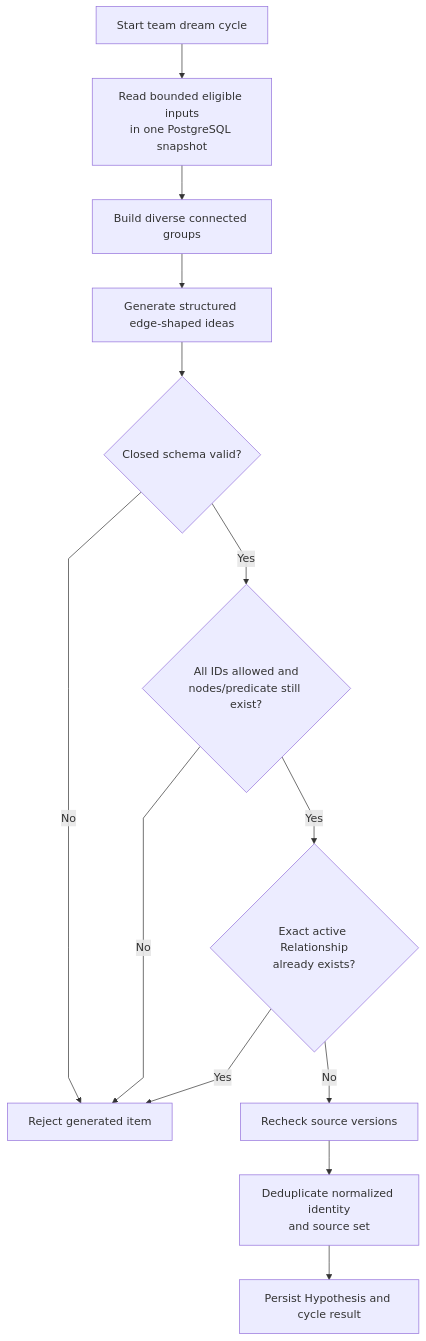
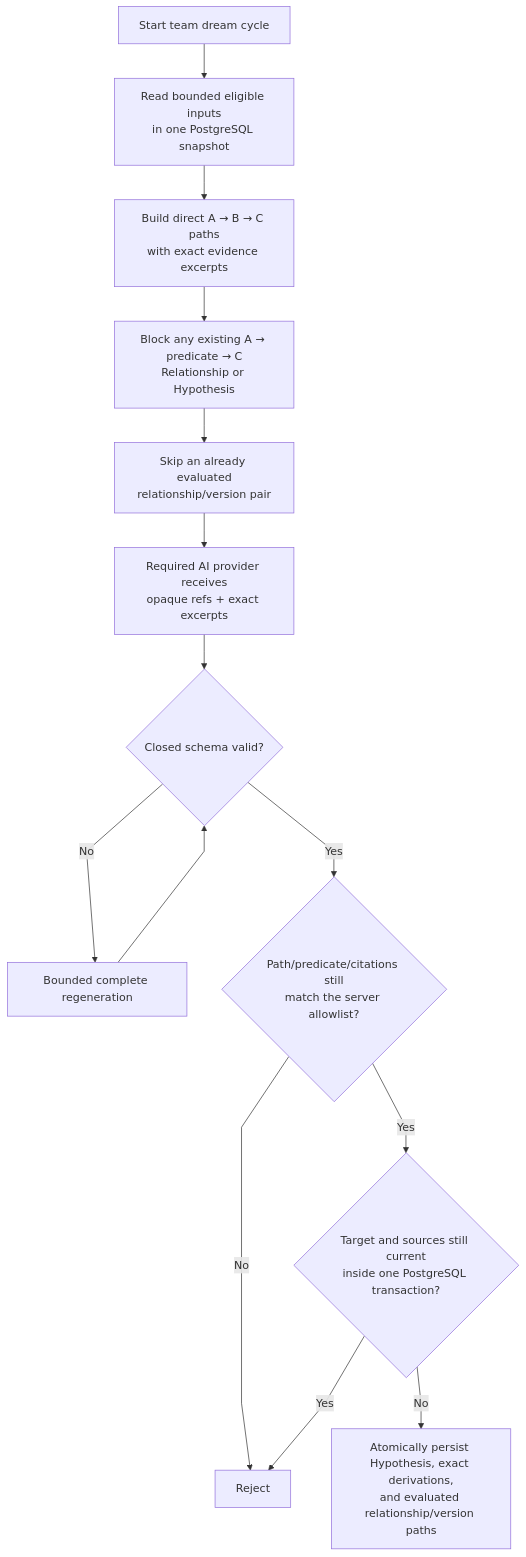
One commit to markhuangai/dense-mem changed the second of 3 diagrams in Dreaming.md. Above: the diagram before and after it, drawn with Mermaid. The commit also changed other lines of this file and 7 other files, not shown here.

````diff
--- a/Dreaming.md
+++ b/Dreaming.md
@@ -139,16 +152,17 @@
 ```mermaid
 %%{init: {"flowchart": {"curve": "linear"}}}%%
 flowchart TD
   Start["Start team dream cycle"] --> Read["Read bounded eligible inputs<br/>in one PostgreSQL snapshot"]
-  Read --> Groups["Build diverse connected groups"]
-  Groups --> Generate["Generate structured edge-shaped ideas"]
+  Read --> Paths["Build direct A → B → C paths<br/>with exact evidence excerpts"]
+  Paths --> Target["Block any existing A → predicate → C<br/>Relationship or Hypothesis"]
+  Target --> Prior["Skip an already evaluated<br/>relationship/version pair"]
+  Prior --> Generate["Required AI provider receives<br/>opaque refs + exact excerpts"]
   Generate --> Schema{"Closed schema valid?"}
-  Schema -- No --> Reject["Reject generated item"]
-  Schema -- Yes --> Allow{"All IDs allowed and<br/>nodes/predicate still exist?"}
+  Schema -- No --> Regenerate["Bounded complete regeneration"]
+  Regenerate --> Schema
+  Schema -- Yes --> Allow{"Path/predicate/citations still<br/>match the server allowlist?"}
   Allow -- No --> Reject
-  Allow -- Yes --> Existing{"Exact active Relationship<br/>already exists?"}
+  Allow -- Yes --> Existing{"Target and sources still current<br/>inside one PostgreSQL transaction?"}
   Existing -- Yes --> Reject
-  Existing -- No --> Recheck["Recheck source versions"]
-  Recheck --> Dedup["Deduplicate normalized identity<br/>and source set"]
-  Dedup --> Persist["Persist Hypothesis and cycle result"]
+  Existing -- No --> Persist["Atomically persist Hypothesis, exact derivations,<br/>and evaluated relationship/version paths"]
 ```
````
